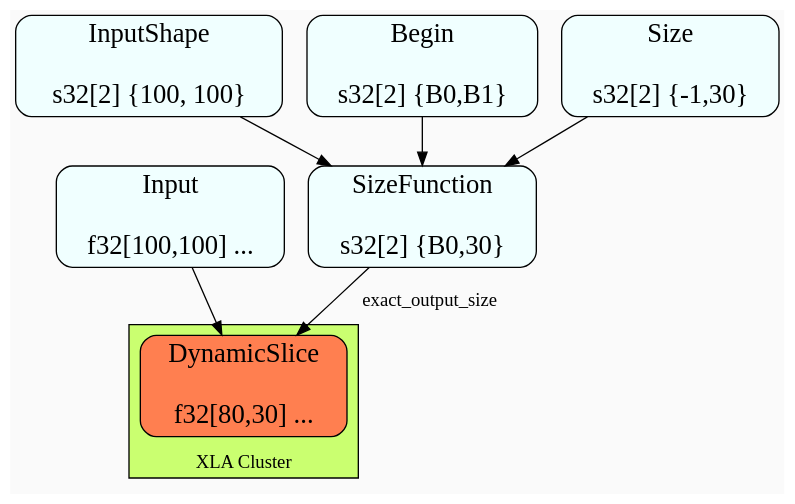
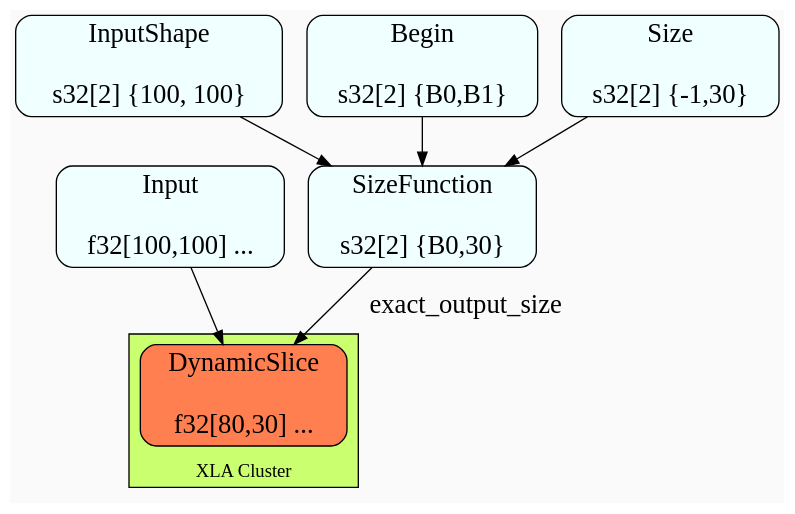
One commit to sanjoy/auto-clustering-presentation changed the diagram in reduce-compilation-symbolic-slice-fixed.dot. Above: the diagram before and after it, drawn with Graphviz. The commit also changed 5 other files, not shown here.

```diff
--- a/reduce-compilation-symbolic-slice-fixed.dot
+++ b/reduce-compilation-symbolic-slice-fixed.dot
@@ -1,25 +1,26 @@
 digraph {
   graph[bgcolor=gray98,compound=true]
+  edge[fontsize=20]
   node[fontsize=20,shape=box,fillcolor=azure, style="filled,rounded"]
 
   subgraph cluster_0 {
     label="XLA Cluster";labelloc="b"
     style=filled
     fillcolor=darkolivegreen1
     node[fillcolor=coral]
     DynamicSlice
   }
 
   Input[label="Input\n\nf32[100,100] ..."]
   InputShape[label="InputShape\n\ns32[2] {100, 100}"]
   Begin[label="Begin\n\ns32[2] {B0,B1}"]
   Size[label="Size\n\ns32[2] {-1,30}"]
   SizeFunction[label="SizeFunction\n\ns32[2] {B0,30}"]
   DynamicSlice[label="DynamicSlice\n\nf32[80,30] ..."]
 
   Input -> DynamicSlice
   Begin -> SizeFunction
   Size -> SizeFunction
   InputShape -> SizeFunction
   SizeFunction -> DynamicSlice[label="exact_output_size"]
 }
```
